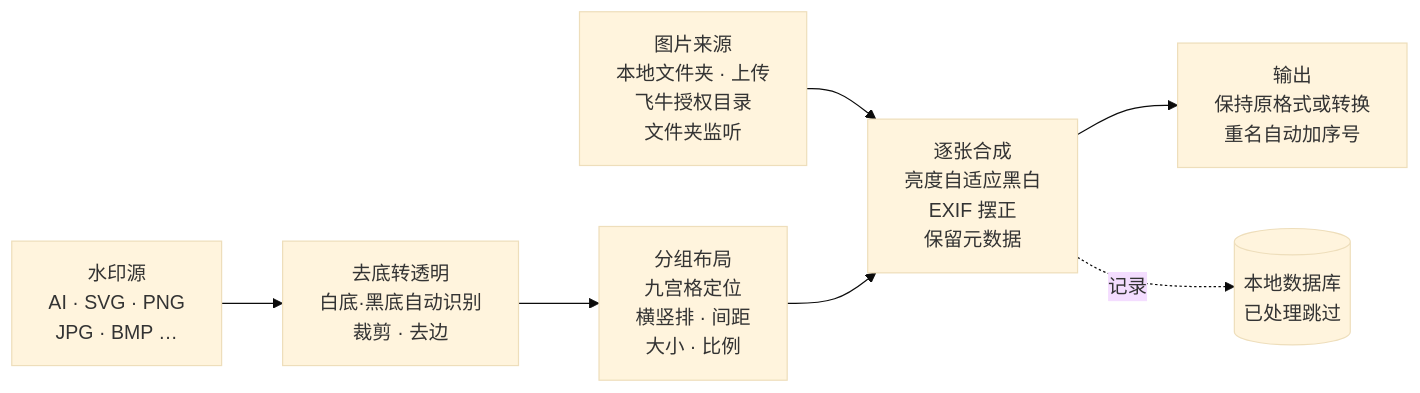
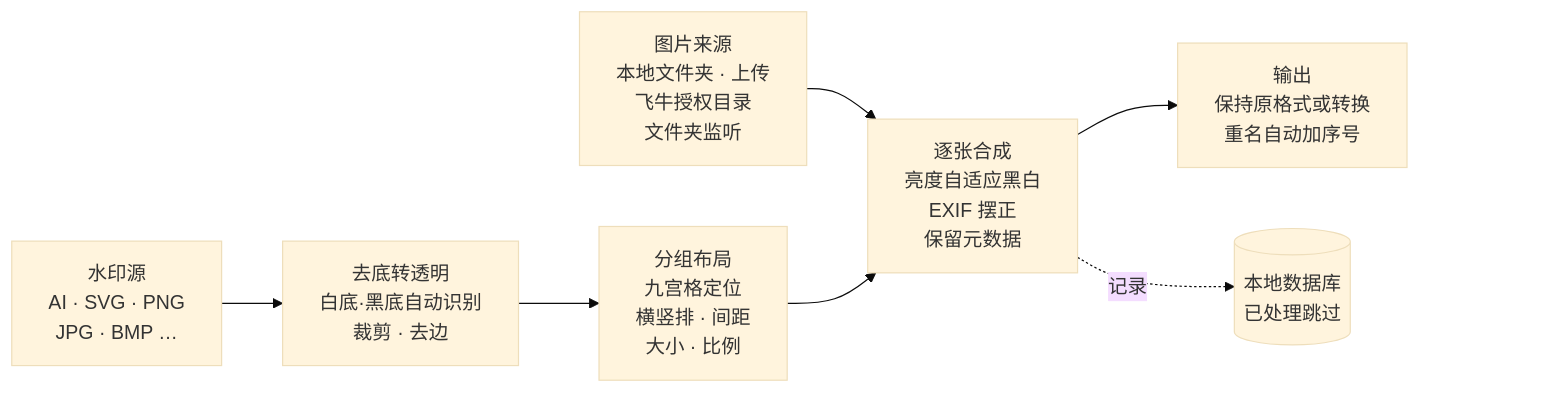
The diagram in README.md (techysy/imgmark), drawn with Mermaid (base theme) before and after one commit.

Commit message:
docs: 为架构图右下角增加透明占位垫片，避让 GitHub 浮动导航控制栏

````diff
--- a/README.md
+++ b/README.md
@@ -54,9 +54,13 @@
 ```mermaid
 flowchart LR
     A["水印源<br/>AI · SVG · PNG<br/>JPG · BMP …"] --> B["去底转透明<br/>白底·黑底自动识别<br/>裁剪 · 去边"]
     B --> C["分组布局<br/>九宫格定位<br/>横竖排 · 间距<br/>大小 · 比例"]
     S["图片来源<br/>本地文件夹 · 上传<br/>飞牛授权目录<br/>文件夹监听"] --> D
     C --> D["逐张合成<br/>亮度自适应黑白<br/>EXIF 摆正<br/>保留元数据"]
     D --> E["输出<br/>保持原格式或转换<br/>重名自动加序号"]
     D -. 记录 .-> F[("本地数据库<br/>已处理跳过")]
+    PAD["&nbsp;<br/>&nbsp;"]
+    F ~~~ PAD
+
+    style PAD fill:transparent,stroke:none,color:transparent
 ```
````
